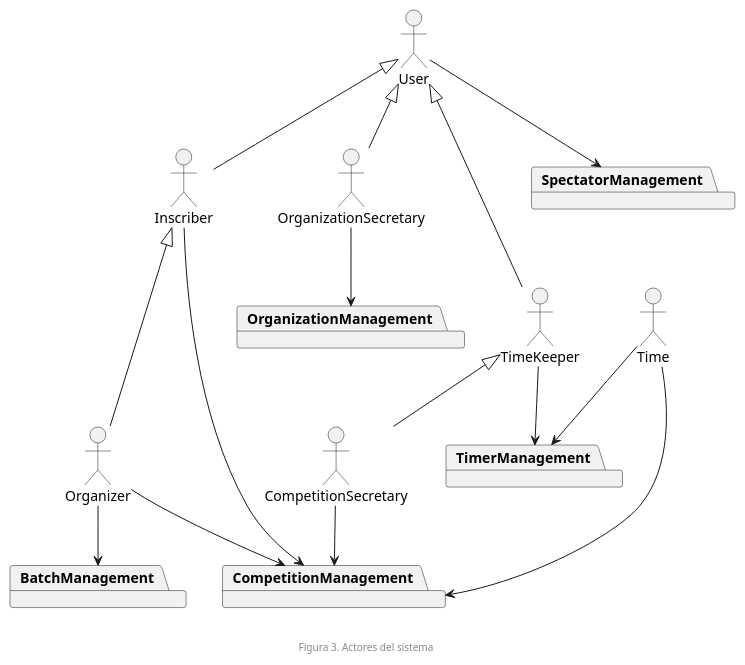
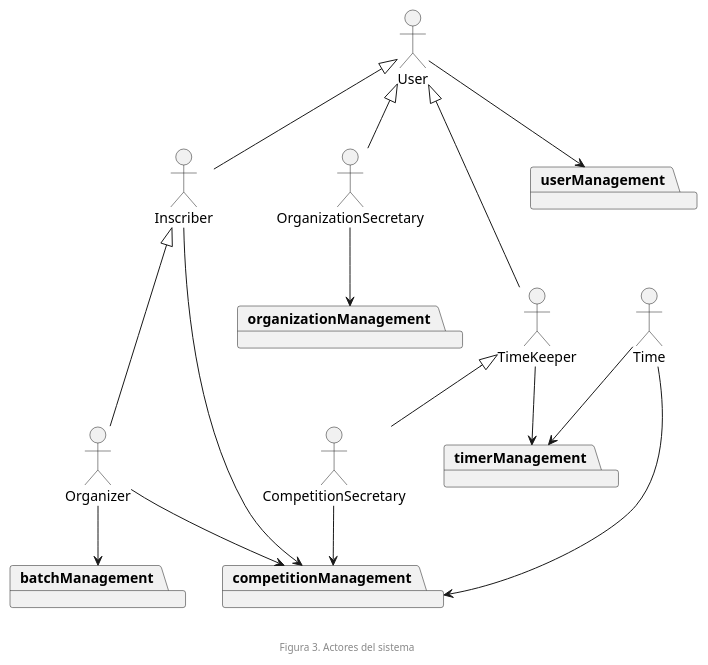
Before and after one commit to zuldare/mastercloud_pfm_halterocms: the diagram in documentation/diagrams/1_requirements/1_usecases/actors.puml, drawn with PlantUML. The commit also changed 5 other files, not shown here.

```diff
--- a/documentation/diagrams/1_requirements/1_usecases/actors.puml
+++ b/documentation/diagrams/1_requirements/1_usecases/actors.puml
@@ -1,39 +1,39 @@
 @startuml
 
 actor Organizer as Organizer
 actor Inscriber as Inscriber
 actor OrganizationSecretary as OrganizationSecretary
 actor Time as Time
 actor TimeKeeper as TimeKeeper
 actor CompetitionSecretary as CompetitionSecretary
 actor User
 
 
-package OrganizationManagement
-package CompetitionManagement
-package BatchManagement
-package TimerManagement
-package SpectatorManagement
+package organizationManagement
+package competitionManagement
+package batchManagement
+package timerManagement
+package userManagement
 
 User <|-- OrganizationSecretary
 User <|-- TimeKeeper
 User <|-- Inscriber
 TimeKeeper <|-- CompetitionSecretary
 Inscriber <|--- Organizer
 
-Time ---> CompetitionManagement
-Organizer --> CompetitionManagement
-Inscriber ---> CompetitionManagement
-CompetitionSecretary --> CompetitionManagement
+Time ---> competitionManagement
+Organizer --> competitionManagement
+Inscriber ---> competitionManagement
+CompetitionSecretary --> competitionManagement
 
-OrganizationSecretary --> OrganizationManagement
+OrganizationSecretary --> organizationManagement
 
-Time --> TimerManagement
-TimeKeeper --> TimerManagement
+Time --> timerManagement
+TimeKeeper --> timerManagement
 
-Organizer  --> BatchManagement
-User --> SpectatorManagement
+Organizer  --> batchManagement
+User --> userManagement
 
 
 footer \n\nFigura 3. Actores del sistema
 @enduml
```
